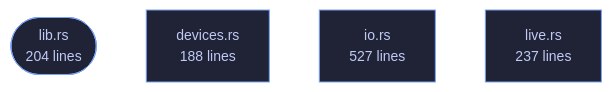
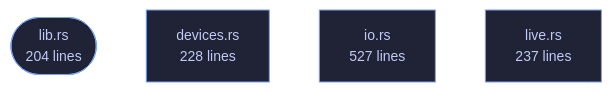
Before and after one commit to tilas01/veilvoice: the diagram in wiki/Crate-veilvoice-audio.md, drawn with Mermaid. The commit also changed other lines of this file and 42 other files, not shown here.

````diff
--- a/wiki/Crate-veilvoice-audio.md
+++ b/wiki/Crate-veilvoice-audio.md
@@ -45,8 +45,8 @@
 ```mermaid
 %%{init: {"theme":"base","themeVariables":{"background":"#1a1b26","primaryColor":"#1f2335","primaryTextColor":"#c0caf5","primaryBorderColor":"#7aa2f7","secondaryColor":"#16161e","tertiaryColor":"#16161e","lineColor":"#565f89","textColor":"#c0caf5","mainBkg":"#1f2335","nodeBorder":"#7aa2f7","clusterBkg":"#16161e","clusterBorder":"#2f3549","fontFamily":"ui-monospace, SFMono-Regular, Consolas, monospace","fontSize":"14px"}}}%%
 flowchart TD
     n_lib(["lib.rs<br/>204 lines"])
-    n_devices["devices.rs<br/>188 lines"]
+    n_devices["devices.rs<br/>228 lines"]
     n_io["io.rs<br/>527 lines"]
     n_live["live.rs<br/>237 lines"]
 ```
````
